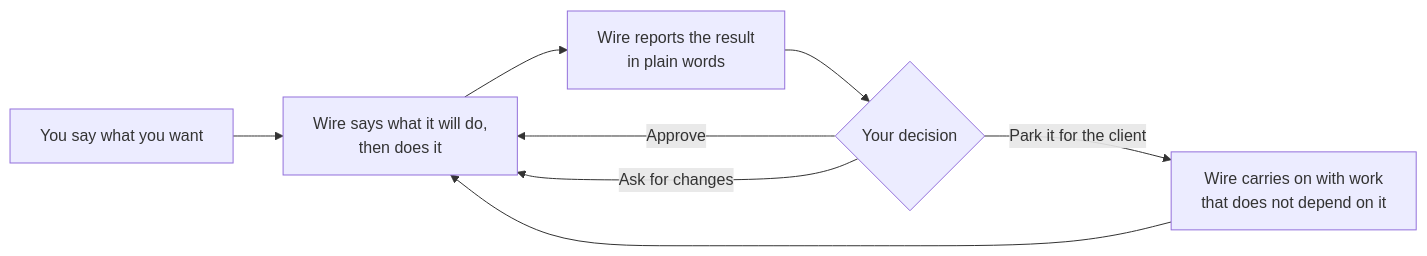
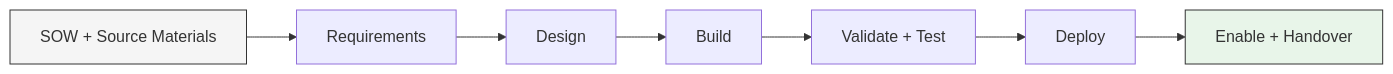
Before and after one commit to rittmananalytics/wire-plugin-preview: the third of 7 diagrams in docs-site/docs/using-wire/01-what-is-wire.md, drawn with Mermaid. The commit also changed other lines of this file and 1 other file, not shown here.

First line of the commit message:
Wire Framework plugin 4.0.0-preview+fe416b6b

````diff
--- a/docs-site/docs/using-wire/01-what-is-wire.md
+++ b/docs-site/docs/using-wire/01-what-is-wire.md
@@ -38,10 +136,20 @@
 ```mermaid
 flowchart LR
-    A["You say what you want"] --> B["Wire says what it will do,<br/>then does it"]
-    B --> C["Wire reports the result<br/>in plain words"]
-    C --> D{"Your decision"}
-    D -->|"Approve"| B
-    D -->|"Ask for changes"| B
-    D -->|"Park it for the client"| E["Wire carries on with work<br/>that does not depend on it"]
-    E --> B
+    A["SOW + Source Materials"]
+    B["Requirements"]
+    C["Design"]
+    D["Build"]
+    E["Validate + Test"]
+    F["Deploy"]
+    G["Enable + Handover"]
+
+    A --> B
+    B --> C
+    C --> D
+    D --> E
+    E --> F
+    F --> G
+
+    style A fill:#f5f5f5,stroke:#333
+    style G fill:#e8f5e9,stroke:#333
 ```
````
